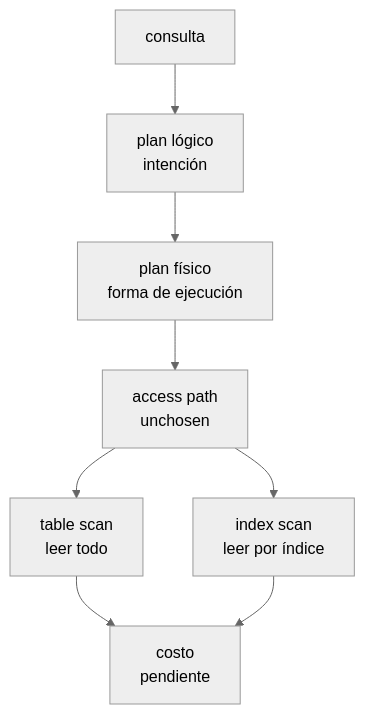
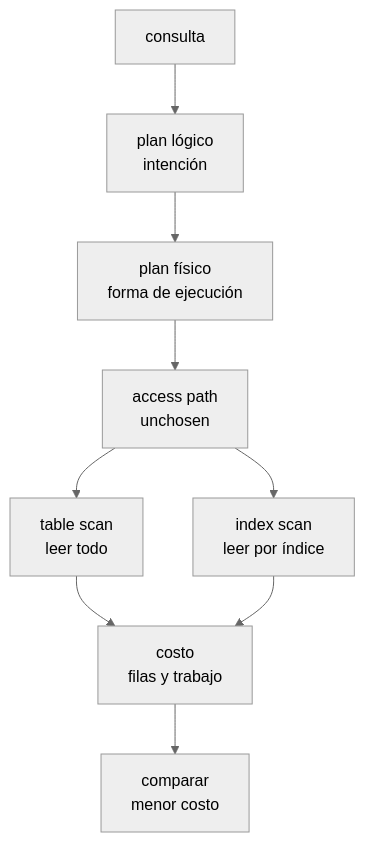
The diagram in docs/10-query-optimizer.md (jeresoftx/rust-database-internals), drawn with Mermaid (neutral theme) before and after one commit. The commit also changed other lines of this file and 5 other files, not shown here.

````diff
--- a/docs/10-query-optimizer.md
+++ b/docs/10-query-optimizer.md
@@ -97,18 +110,20 @@
 ```mermaid
 flowchart TD
     SQL["consulta"]
     L["plan lógico<br/>intención"]
     P["plan físico<br/>forma de ejecución"]
     A["access path<br/>unchosen"]
     T["table scan<br/>leer todo"]
     I["index scan<br/>leer por índice"]
-    C["costo<br/>pendiente"]
+    C["costo<br/>filas y trabajo"]
+    B["comparar<br/>menor costo"]
 
     SQL --> L
     L --> P
     P --> A
     A --> T
     A --> I
     T --> C
     I --> C
+    C --> B
 ```
````
